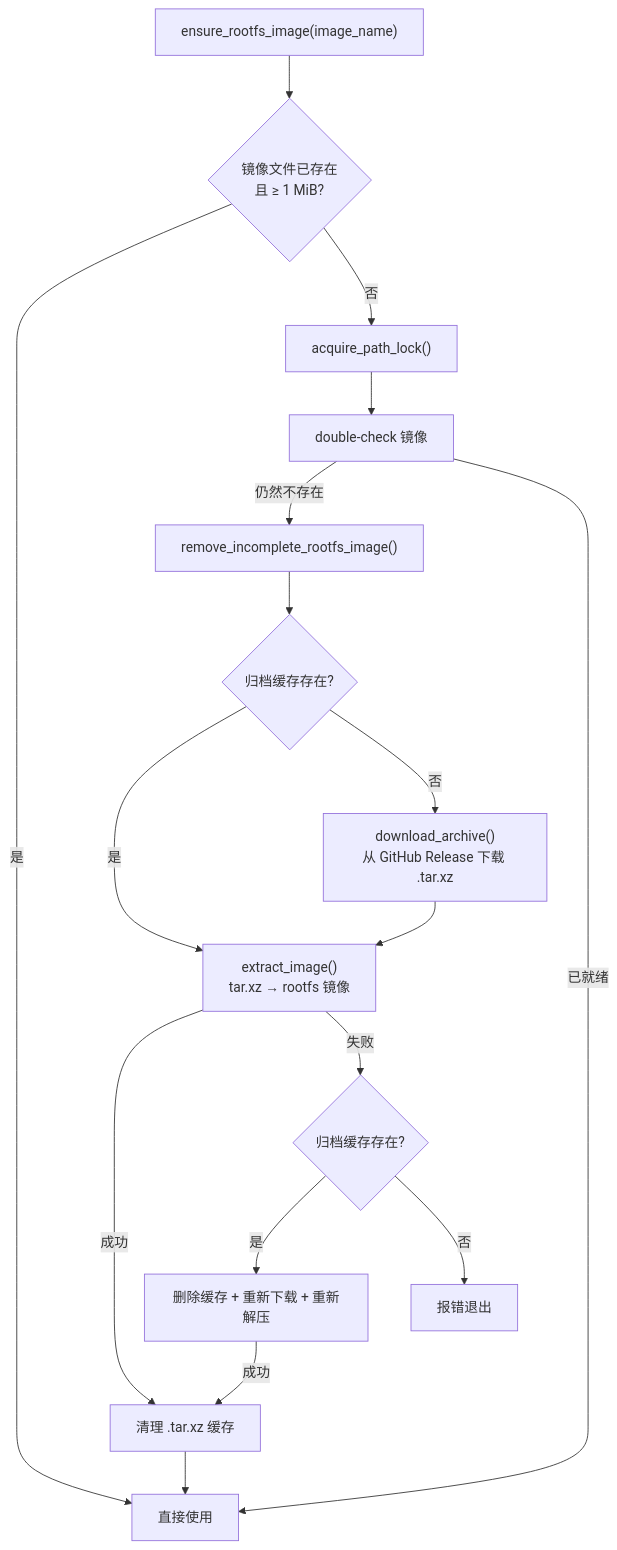
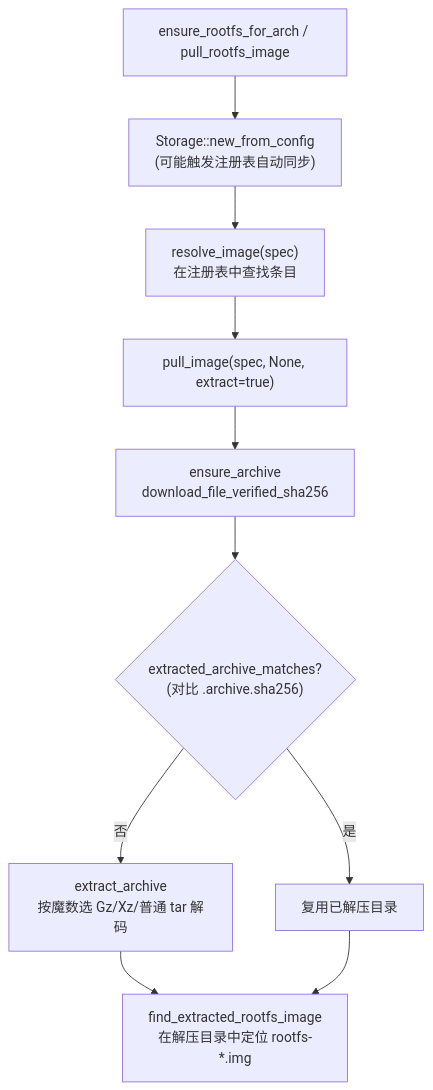
One commit to rcore-os/tgoskits changed the fourth of 6 diagrams in docs/docs/build/run.md. Above: the diagram before and after it, drawn with Mermaid. The commit also changed other lines of this file and 8 other files, not shown here.

````diff
--- a/docs/docs/build/run.md
+++ b/docs/docs/build/run.md
@@ -213,19 +223,12 @@
 ```mermaid
 flowchart TD
-    A["ensure_rootfs_image(image_name)"] --> B{"镜像文件已存在<br/>且 ≥ 1 MiB?"}
-    B -->|是| Z["直接使用"]
-    B -->|否| C["acquire_path_lock()"]
-    C --> D["double-check 镜像"]
-    D -->|"仍然不存在"| E["remove_incomplete_rootfs_image()"]
-    D -->|"已就绪"| Z
-    E --> F{"归档缓存存在?"}
-    F -->|是| H
-    F -->|否| G["download_archive()<br/>从 GitHub Release 下载 .tar.xz"]
-    G --> H["extract_image()<br/>tar.xz → rootfs 镜像"]
-    H -->|成功| I["清理 .tar.xz 缓存"]
-    H -->|失败| J{"归档缓存存在?"}
-    J -->|是| K["删除缓存 + 重新下载 + 重新解压"]
-    J -->|否| L["报错退出"]
-    K -->|成功| I
-    I --> Z
+    A["ensure_rootfs_for_arch / pull_rootfs_image"] --> B["Storage::new_from_config<br/>(可能触发注册表自动同步)"]
+    B --> C["resolve_image(spec)<br/>在注册表中查找条目"]
+    C --> D["pull_image(spec, None, extract=true)"]
+    D --> E["ensure_archive<br/>download_file_verified_sha256"]
+    E --> F{"extracted_archive_matches?<br/>(对比 .archive.sha256)"}
+    F -->|是| G["复用已解压目录"]
+    F -->|否| H["extract_archive<br/>按魔数选 Gz/Xz/普通 tar 解码"]
+    H --> I["find_extracted_rootfs_image<br/>在解压目录中定位 rootfs-*.img"]
+    G --> I
 ```
````
